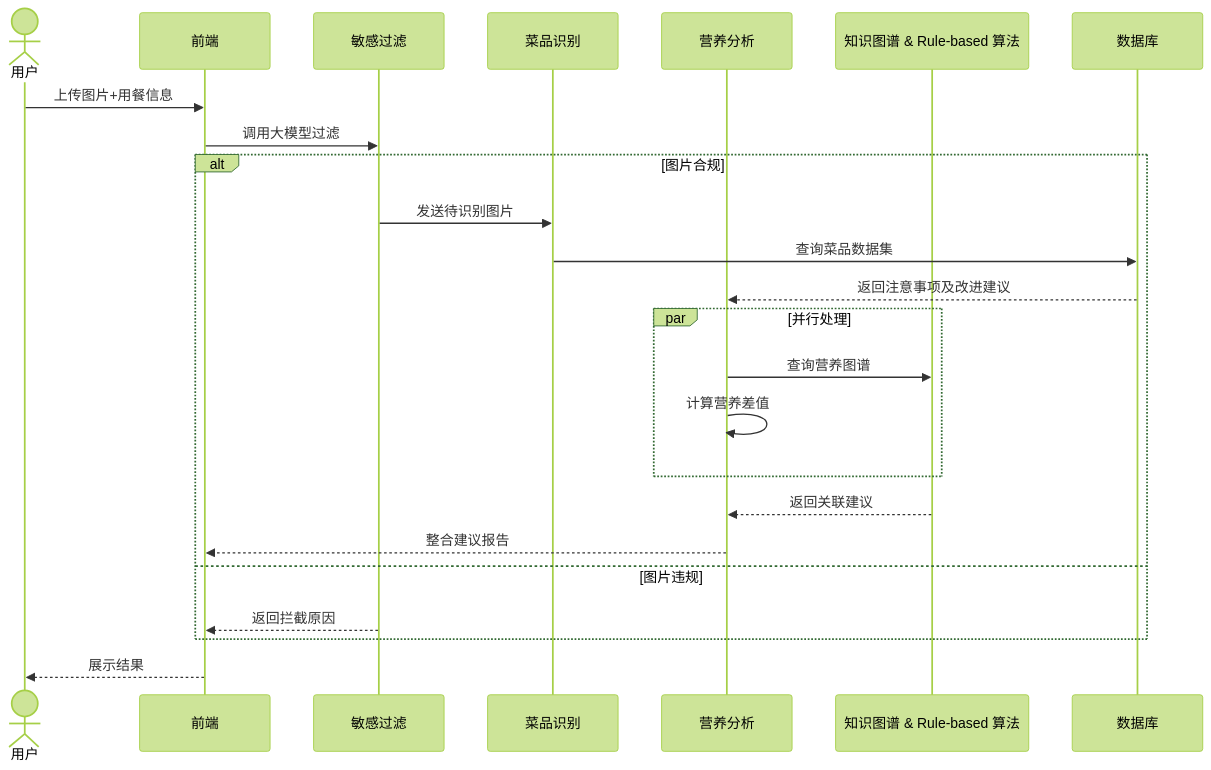
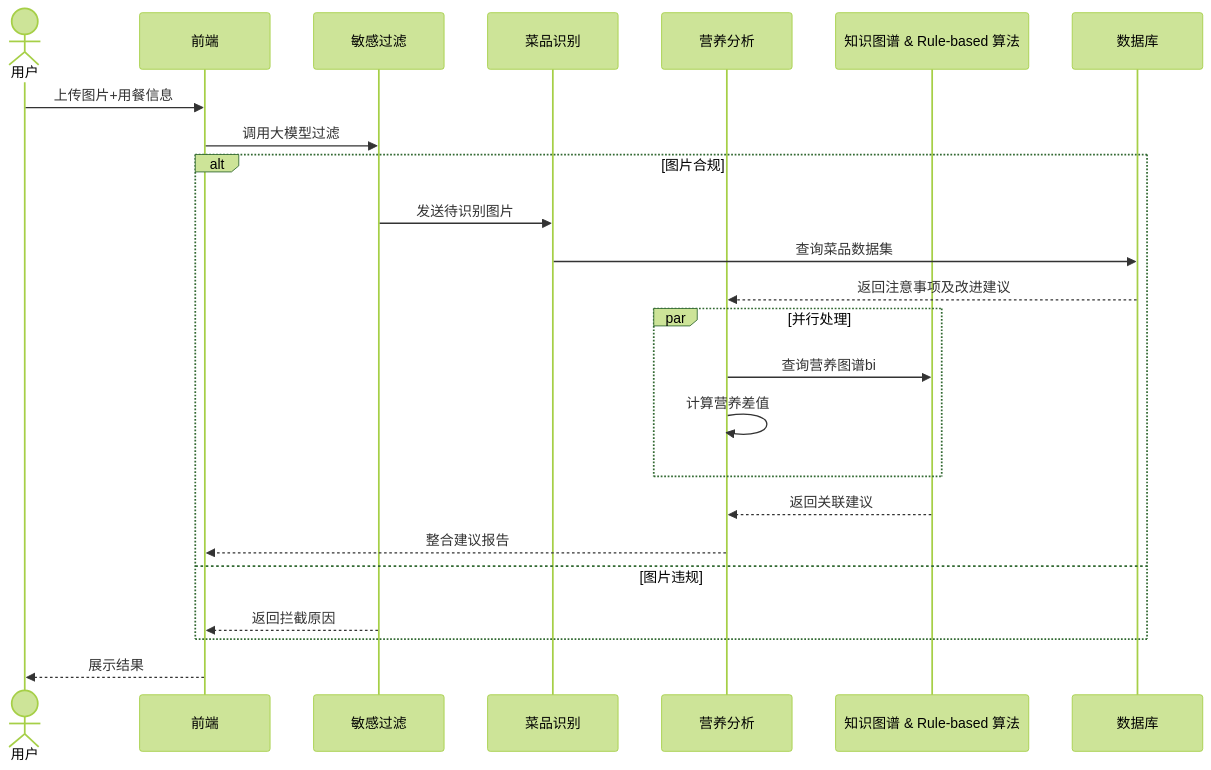
One commit to funnyData/iodraw-files changed the diagram in all/菜品-数据流图.md. Above: the diagram before and after it, drawn with Mermaid (forest theme).

Commit message:
2025-03-21 14:24:06 update

````diff
--- a/all/菜品-数据流图.md
+++ b/all/菜品-数据流图.md
@@ -1,29 +1,29 @@
 ```mermaid
 %% 数据流图（违规路径线条高亮）
 sequenceDiagram
     actor User as 用户
     participant FE as 前端
     participant SF as 敏感过滤
     participant DR as 菜品识别
     participant NA as 营养分析
     participant KG as 知识图谱 & Rule-based 算法
     participant DB as 数据库
 
     User->>FE: 上传图片+用餐信息
     FE->>SF: 调用大模型过滤
     alt 图片合规
         SF->>DR: 发送待识别图片
         DR->>DB: 查询菜品数据集
         DB-->>NA: 返回注意事项及改进建议
         par 并行处理
-            NA->>KG: 查询营养图谱
+            NA->>KG: 查询营养图谱bi
             NA->>NA: 计算营养差值
         end
         KG-->>NA: 返回关联建议
         NA-->>FE: 整合建议报告
     else 图片违规
         SF-->>FE: 返回拦截原因
         %% linkStyle 9 stroke:#ff0000,stroke-dasharray:5  %% 第9条线变红
     end
     FE-->>User: 展示结果
 ```
````
